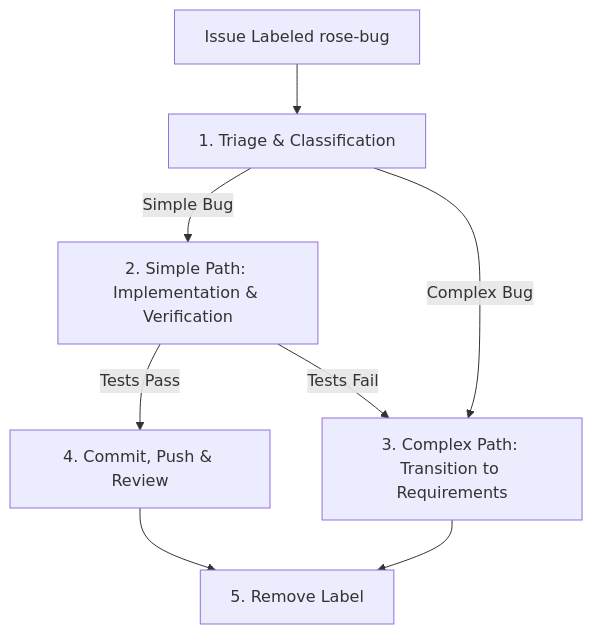
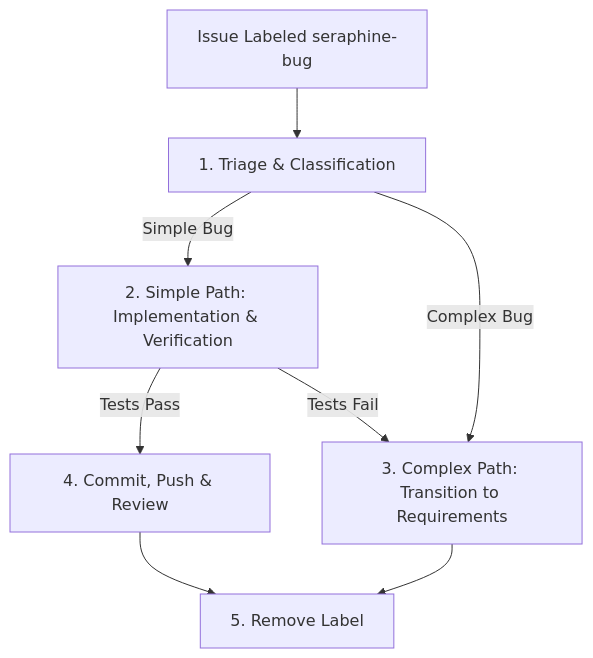
Before and after one commit to brotherlogic/rose: the diagram in .agent/workflows/seraphine-bug.md, drawn with Mermaid. The commit also changed other lines of this file and 5 other files, not shown here.

Commit message:
chore: replace rose- label prefixes with seraphine-

````diff
--- a/.agent/workflows/seraphine-bug.md
+++ b/.agent/workflows/seraphine-bug.md
@@ -7,10 +7,10 @@
 ```mermaid
 graph TD
-    A[Issue Labeled rose-bug] --> B[1. Triage & Classification]
+    A[Issue Labeled seraphine-bug] --> B[1. Triage & Classification]
     B -->|Simple Bug| C[2. Simple Path: Implementation & Verification]
     B -->|Complex Bug| D[3. Complex Path: Transition to Requirements]
     C -->|Tests Pass| E[4. Commit, Push & Review]
     C -->|Tests Fail| D
     E --> F[5. Remove Label]
     D --> F
 ```
````
